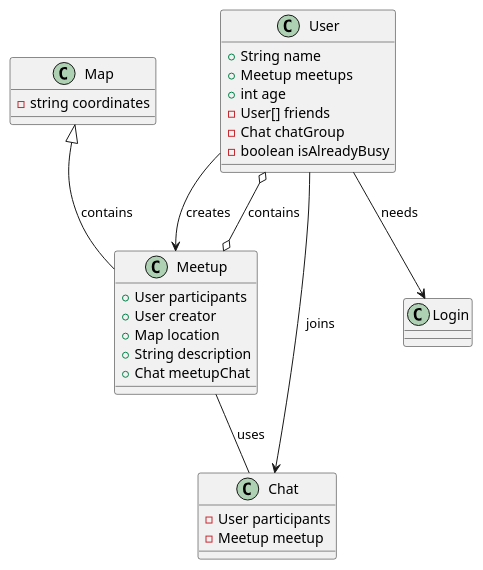
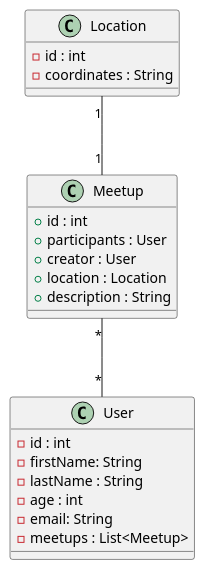
One commit to 2223-3bhif-syp/02-projekte-mopedmeetup changed the diagram in asciidocs/puml/Klassendiagramm.puml. Above: the diagram before and after it, drawn with PlantUML. The commit also changed 1 other file, not shown here.

```diff
--- a/asciidocs/puml/Klassendiagramm.puml
+++ b/asciidocs/puml/Klassendiagramm.puml
@@ -1,35 +1,28 @@
 @startuml CLD
 
 class User {
-    +String name
-    +Meetup meetups
-    +int age
-    - User[] friends
-    - Chat chatGroup
-    - boolean isAlreadyBusy
+    - id : int
+    - firstName: String
+    - lastName : String
+    - age : int
+    - email: String
+    - meetups : List<Meetup>
 }
 class Meetup {
-    + User participants
-    + User creator
-    + Map location
-    + String description
-    + Chat meetupChat
-}
-class Login {
-}
-class Map {
-    -string coordinates
-}
-class Chat {
-    - User participants
-    - Meetup meetup
+    + id : int
+    + participants : User
+    + creator : User
+    + location : Location
+    + description : String
 }
 
-Meetup o--o User : contains
-Map <|-- Meetup : contains
-User --> Meetup : creates
-User --> Login : needs
-Meetup -- Chat : uses
-User --> Chat : joins
+class Location {
+    - id : int
+    - coordinates : String
+}
+
+
+Meetup "*"--"*" User : ""
+Location "1"--"1" Meetup : ""
 
 @enduml
```
